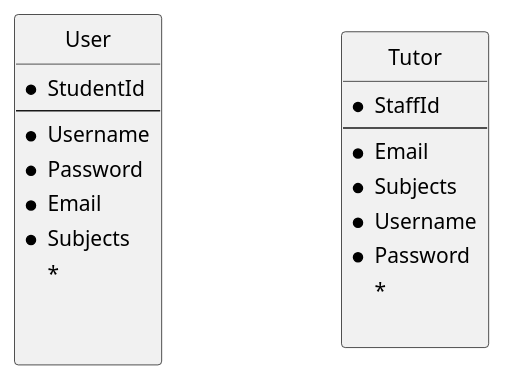
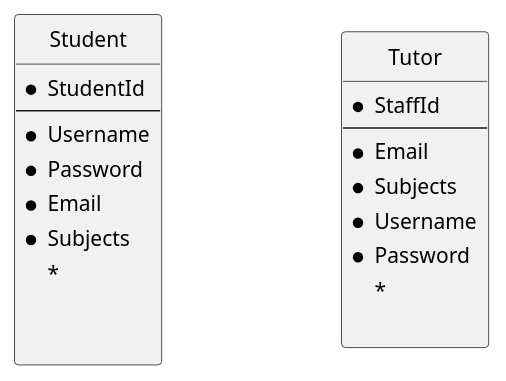
The diagram in StudyBuddy.puml (annikamarriner123/StudyBuddy), drawn with PlantUML before and after one commit.

Commit message:
user to student

```diff
--- a/StudyBuddy.puml
+++ b/StudyBuddy.puml
@@ -1,57 +1,57 @@
 @startuml
 
 skinparam {
   Style StrictUML
 
   ' make the stereotypes less ugly
   ClassStereotypeFont {
     Size 10
     Style plain
   }
 
   ' make boxes slightly less pointy
   RoundCorner 5
 
   ' make everything slightly less cramped
   Padding 2
 
   ' vertical spacing (make room for labels)
   RankSep 100
 
   ' horizontal spacing (make room for labels)
   NodeSep 120
 }
 
 
-class "User" as user {
+class "Student" as student {
 * StudentId
 --
 * Username
 * Password
 * Email
 * Subjects
 * 
 
 
 }
 
 class "Tutor" as tutor{
 * StaffId
 --
 * Email
 * Subjects
 * Username
 * Password
 * 
 
 }
 
 
 
 
 
 
 
 
 
 @enduml
```
